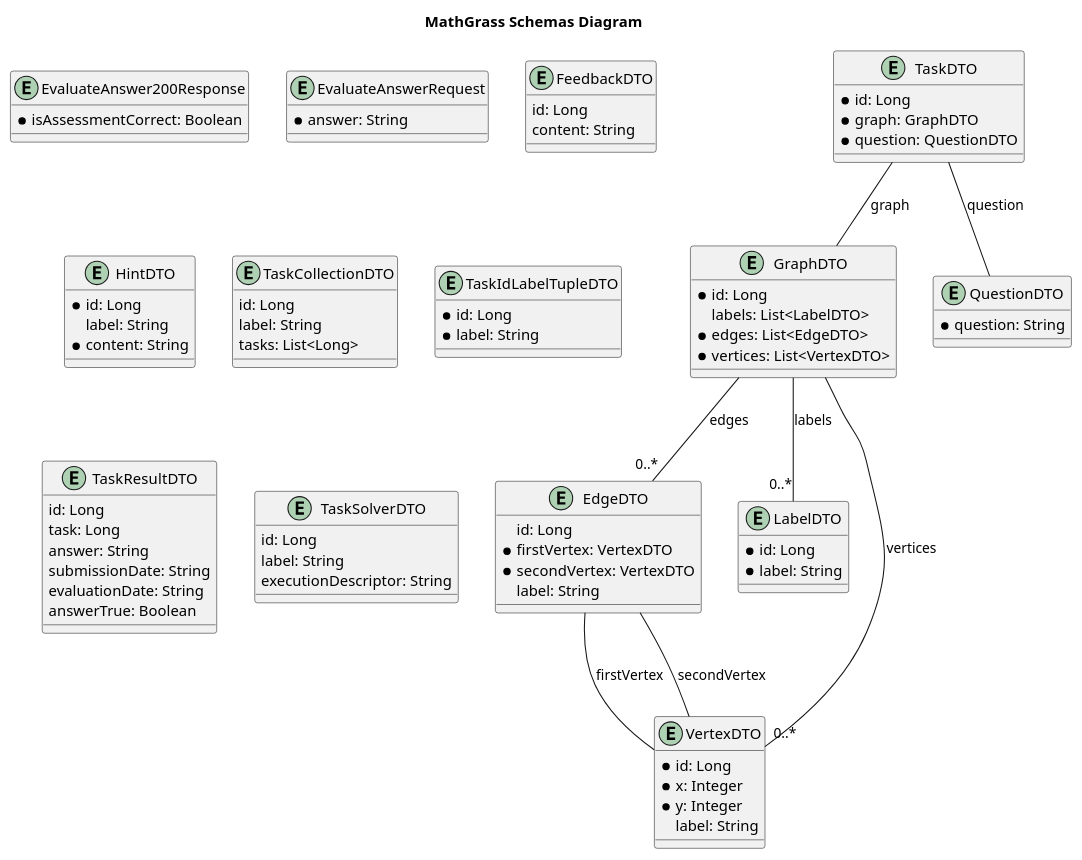
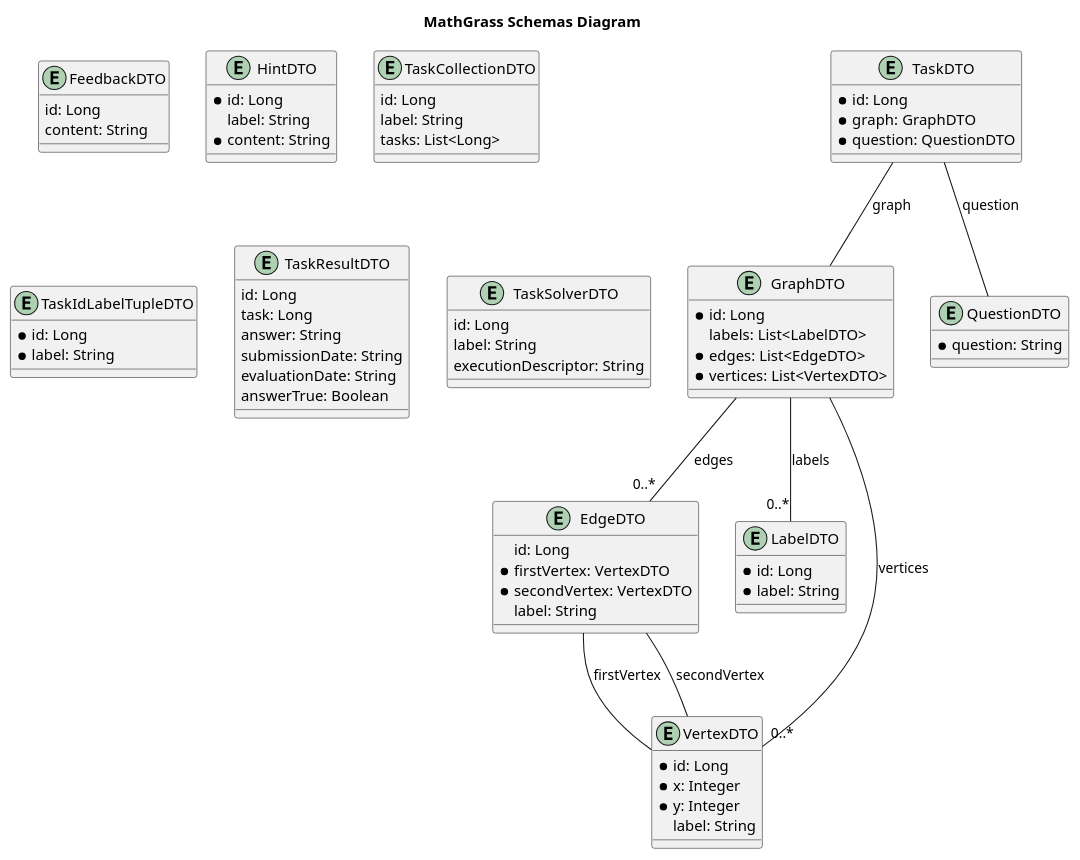
One commit to MathGrass/mathgrass-api changed the diagram in openapi-spec/schemas.plantuml. Above: the diagram before and after it, drawn with PlantUML. The commit also changed 3 other files, not shown here.

```diff
--- a/openapi-spec/schemas.plantuml
+++ b/openapi-spec/schemas.plantuml
@@ -1,95 +1,87 @@
 @startuml
 
 title MathGrass Schemas Diagram
 
 entity EdgeDTO {
     id: Long
     * firstVertex: VertexDTO
     * secondVertex: VertexDTO
     label: String
-}
-
-entity EvaluateAnswer200Response {
-    * isAssessmentCorrect: Boolean
-}
-
-entity EvaluateAnswerRequest {
-    * answer: String
 }
 
 entity FeedbackDTO {
     id: Long
     content: String
 }
 
 entity GraphDTO {
     * id: Long
     labels: List<LabelDTO>
     * edges: List<EdgeDTO>
     * vertices: List<VertexDTO>
 }
 
 entity HintDTO {
     * id: Long
     label: String
     * content: String
 }
 
 entity LabelDTO {
     * id: Long
     * label: String
 }
 
 entity QuestionDTO {
     * question: String
 }
 
 entity TaskCollectionDTO {
     id: Long
     label: String
     tasks: List<Long>
 }
 
 entity TaskDTO {
     * id: Long
     * graph: GraphDTO
     * question: QuestionDTO
 }
 
 entity TaskIdLabelTupleDTO {
     * id: Long
     * label: String
 }
 
 entity TaskResultDTO {
     id: Long
     task: Long
     answer: String
     submissionDate: String
     evaluationDate: String
     answerTrue: Boolean
 }
 
 entity TaskSolverDTO {
     id: Long
     label: String
     executionDescriptor: String
 }
 
 entity VertexDTO {
     * id: Long
     * x: Integer
     * y: Integer
     label: String
 }
 
 
 GraphDTO -- "0..*" LabelDTO : labels
 GraphDTO -- "0..*" EdgeDTO : edges
 GraphDTO -- "0..*" VertexDTO : vertices
 TaskDTO -- GraphDTO : graph
 TaskDTO -- QuestionDTO : question
 EdgeDTO -- VertexDTO : firstVertex
 EdgeDTO -- VertexDTO : secondVertex
 
 @enduml
```
